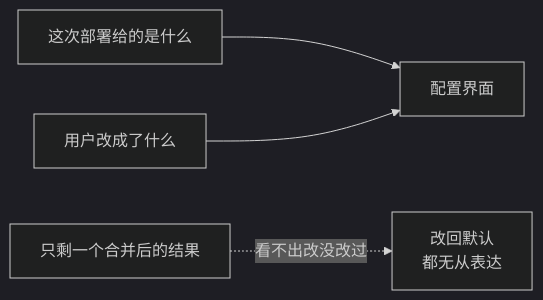
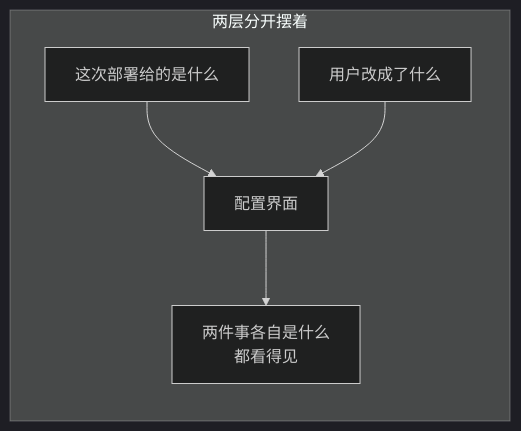
One commit to snight1983/ds-harness-go changed diagram 11 of 46 in docs/modules/agentdefaultmodel.md. Above: the diagram before and after it, drawn with Mermaid (dark theme). The commit also changed other lines of this file and 43 other files, not shown here.

Commit message:
docs: 图解架构与模块设计

````diff
--- a/docs/modules/agentdefaultmodel.md
+++ b/docs/modules/agentdefaultmodel.md
@@ -52,6 +104,8 @@
 ```mermaid
 flowchart LR
-    A["这次部署给的是什么"] --> V["配置界面"]
-    B["用户改成了什么"] --> V
-    C["只剩一个合并后的结果"] -.看不出改没改过.-> X["改回默认<br/>都无从表达"]
+    subgraph GOOD["两层分开摆着"]
+        A["这次部署给的是什么"] --> V["配置界面"]
+        B["用户改成了什么"] --> V
+        V --> W["两件事各自是什么<br/>都看得见"]
+    end
 ```
````
